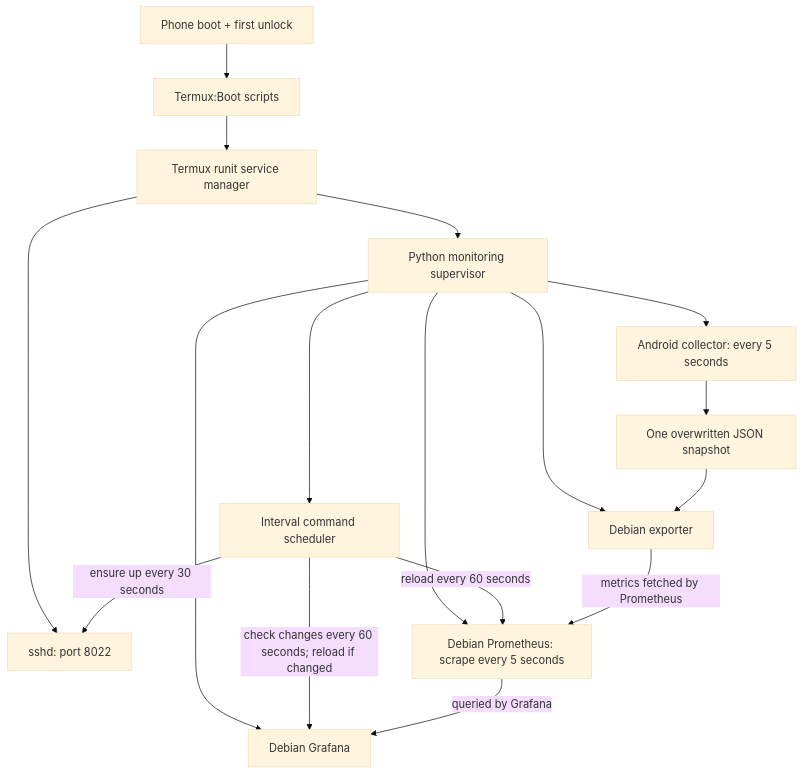
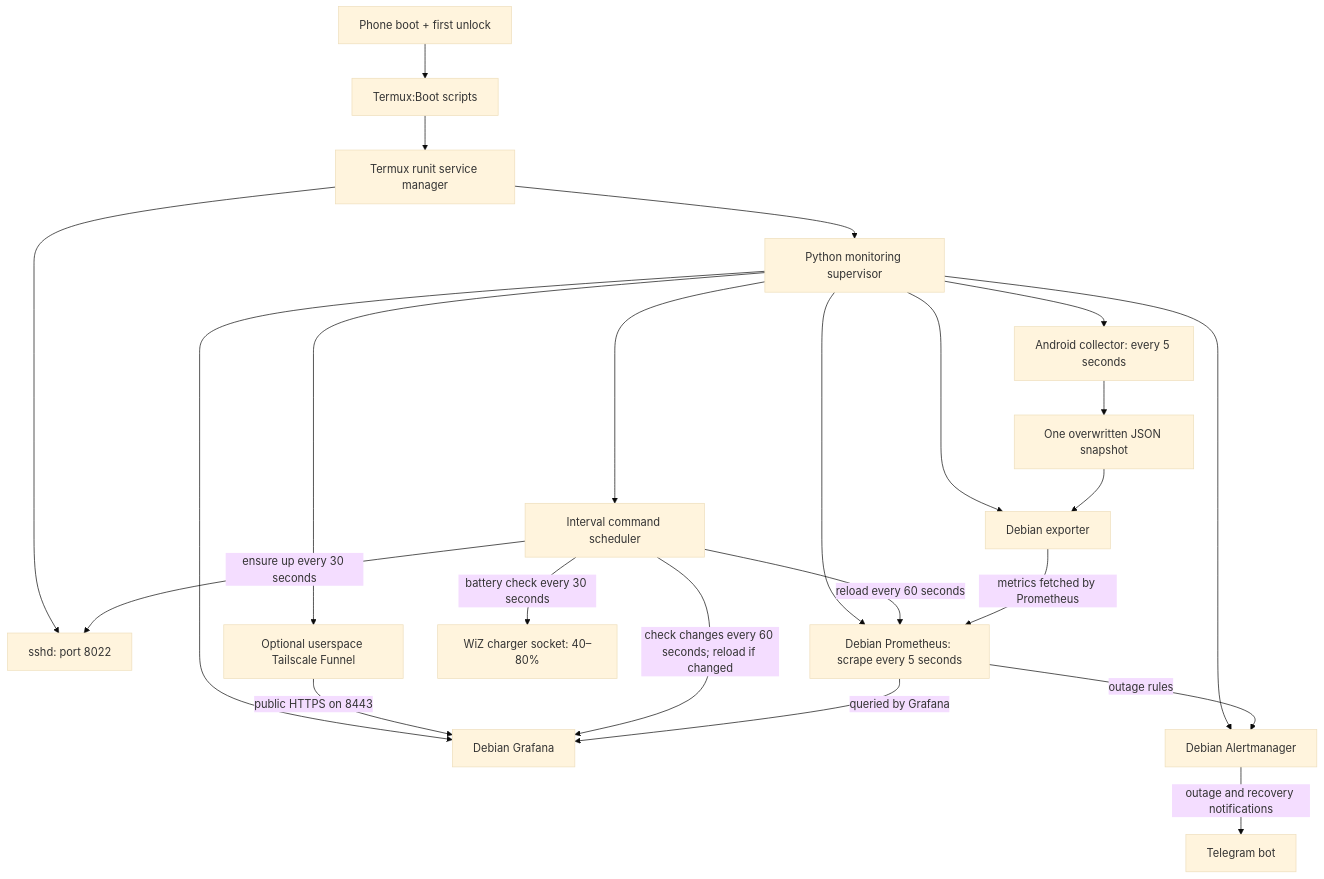
One commit to MatteoPossamai/phome changed the diagram in docs/operations.md. Above: the diagram before and after it, drawn with Mermaid (base theme). The commit also changed other lines of this file and 32 other files, not shown here.

````diff
--- a/docs/operations.md
+++ b/docs/operations.md
@@ -25,19 +25,25 @@
 ```mermaid
 flowchart TD
     Boot["Phone boot + first unlock"] --> TermuxBoot["Termux:Boot scripts"]
     TermuxBoot --> Runit["Termux runit service manager"]
     Runit --> SSH["sshd: port 8022"]
     Runit --> Supervisor["Python monitoring supervisor"]
     Supervisor --> Collector["Android collector: every 5 seconds"]
     Supervisor --> Exporter["Debian exporter"]
     Supervisor --> Prometheus["Debian Prometheus: scrape every 5 seconds"]
     Supervisor --> Grafana["Debian Grafana"]
+    Supervisor --> Alertmanager["Debian Alertmanager"]
+    Supervisor --> Funnel["Optional userspace Tailscale Funnel"]
+    Prometheus -->|"outage rules"| Alertmanager
+    Alertmanager -->|"outage and recovery notifications"| Telegram["Telegram bot"]
+    Funnel -->|"public HTTPS on 8443"| Grafana
     Supervisor --> Scheduler["Interval command scheduler"]
     Scheduler -->|"ensure up every 30 seconds"| SSH
+    Scheduler -->|"battery check every 30 seconds"| Charger["WiZ charger socket: 40–80%"]
     Scheduler -->|"reload every 60 seconds"| Prometheus
     Scheduler -->|"check changes every 60 seconds; reload if changed"| Grafana
     Collector --> Snapshot["One overwritten JSON snapshot"]
     Snapshot --> Exporter
     Exporter -->|"metrics fetched by Prometheus"| Prometheus
     Prometheus -->|"queried by Grafana"| Grafana
 ```
````
